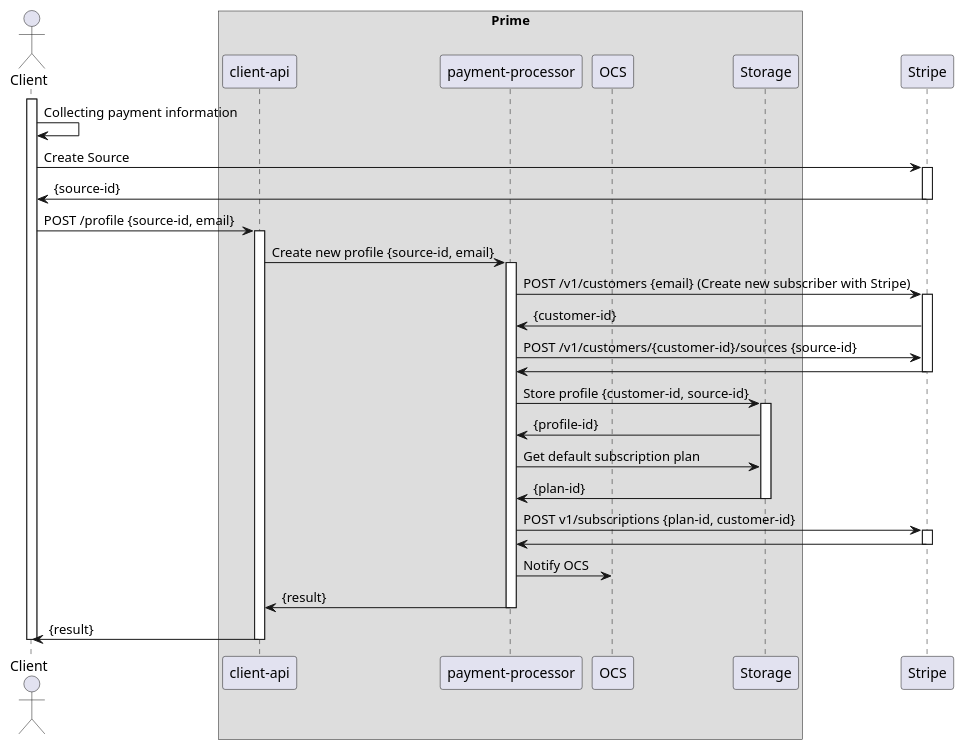
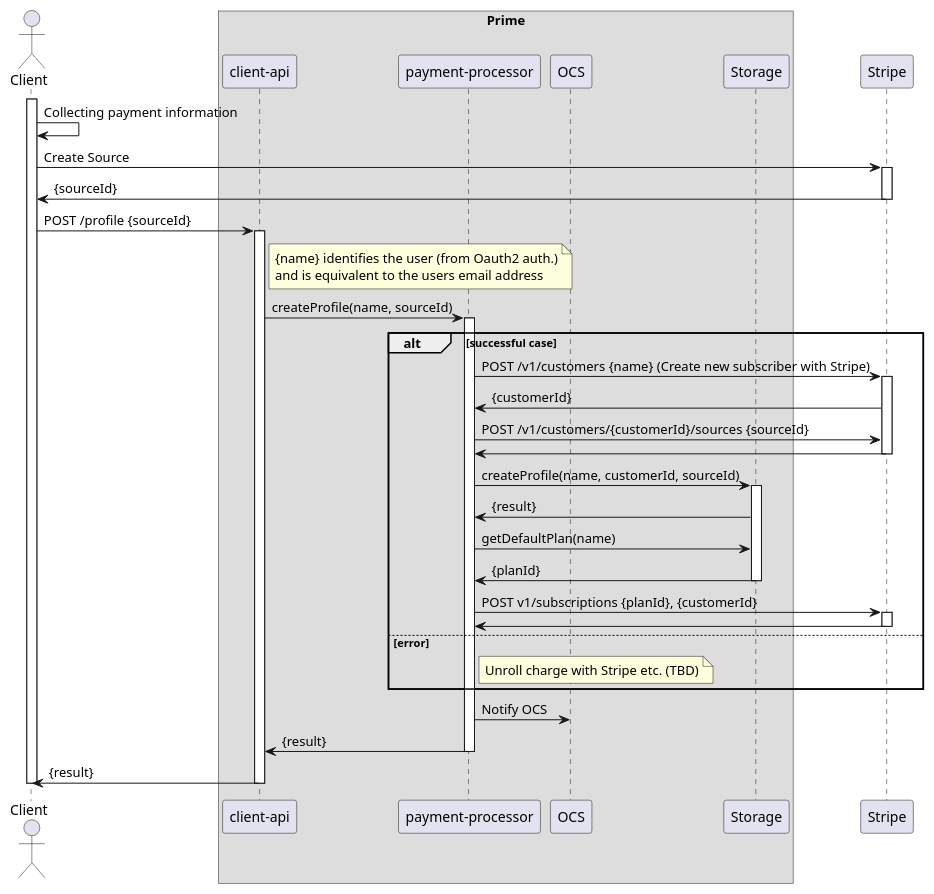
One commit to ostelco/ostelco-core changed the diagram in payment-processor/doc/puml/create-new-subscriber.puml. Above: the diagram before and after it, drawn with PlantUML.

Commit message:
Updates the 'create-new-subscriber' flow diagram

```diff
--- a/payment-processor/doc/puml/create-new-subscriber.puml
+++ b/payment-processor/doc/puml/create-new-subscriber.puml
@@ -1,59 +1,69 @@
 @startuml
 
 actor Client
 participant Client
 
 box "Prime"
     participant "client-api"
     participant "payment-processor"
     participant OCS
     participant Storage
 end box
 participant Stripe
 
 activate Client
     Client -> Client : Collecting payment information
 
     Client -> Stripe : Create Source
     activate Stripe
-    Stripe -> Client : {source-id}
+    Stripe -> Client : {sourceId}
     deactivate Stripe
 
-    Client -> "client-api": POST /profile {source-id, email}
+    Client -> "client-api": POST /profile {sourceId}
     activate "client-api"
+    note right of "client-api"
+       {name} identifies the user (from Oauth2 auth.)
+       and is equivalent to the users email address
+    end note
 
-    "client-api" -> "payment-processor" : Create new profile {source-id, email}
+    "client-api" -> "payment-processor" : createProfile(name, sourceId)
     activate "payment-processor"
 
-    "payment-processor" -> Stripe : POST /v1/customers {email} (Create new subscriber with Stripe)
-    activate Stripe
-    "Stripe" -> "payment-processor" : {customer-id}
+    alt successful case
+       "payment-processor" -> Stripe : POST /v1/customers {name} (Create new subscriber with Stripe)
+       activate Stripe
+       "Stripe" -> "payment-processor" : {customerId}
 
-    "payment-processor" -> Stripe : POST /v1/customers/{customer-id}/sources {source-id}
-    "Stripe" -> "payment-processor"
-    deactivate Stripe
+       "payment-processor" -> Stripe : POST /v1/customers/{customerId}/sources {sourceId}
+       "Stripe" -> "payment-processor"
+       deactivate Stripe
 
-    "payment-processor" -> Storage : Store profile {customer-id, source-id}
-    activate Storage
-    Storage -> "payment-processor" : {profile-id}
+       "payment-processor" -> Storage : createProfile(name, customerId, sourceId)
+       activate Storage
+       Storage -> "payment-processor" : {result}
 
-    "payment-processor" -> Storage : Get default subscription plan
-    Storage -> "payment-processor" : {plan-id}
-    deactivate Storage
+       "payment-processor" -> Storage : getDefaultPlan(name)
+       Storage -> "payment-processor" : {planId}
+       deactivate Storage
 
-    "payment-processor" -> Stripe : POST v1/subscriptions {plan-id, customer-id}
-    activate Stripe
-    "Stripe" -> "payment-processor"
-    deactivate Stripe
+       "payment-processor" -> Stripe : POST v1/subscriptions {planId}, {customerId}
+       activate Stripe
+       "Stripe" -> "payment-processor"
+       deactivate Stripe
+
+    else error
+       note right of "payment-processor" : Unroll charge with Stripe etc. (TBD)
+
+    end
 
     "payment-processor" -> OCS : Notify OCS
 
     "payment-processor" -> "client-api" : {result}
     deactivate "payment-processor"
 
     "client-api" -> Client : {result}
     deactivate "client-api"
 
 deactivate Client
 
 @enduml
```
